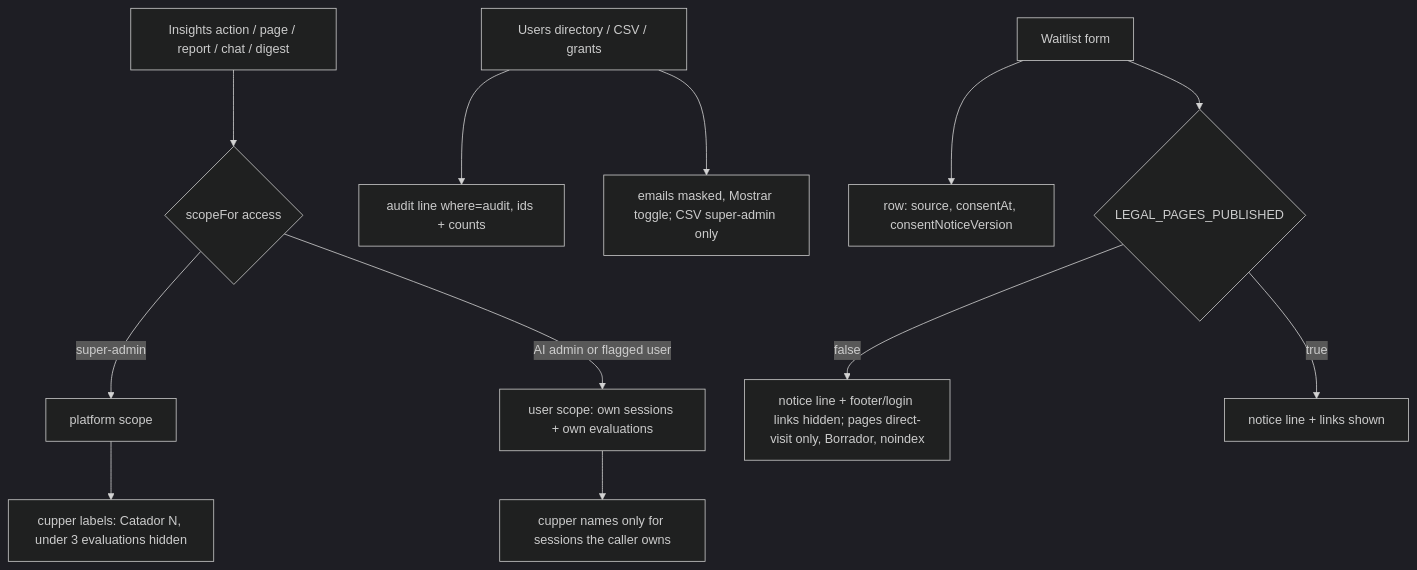
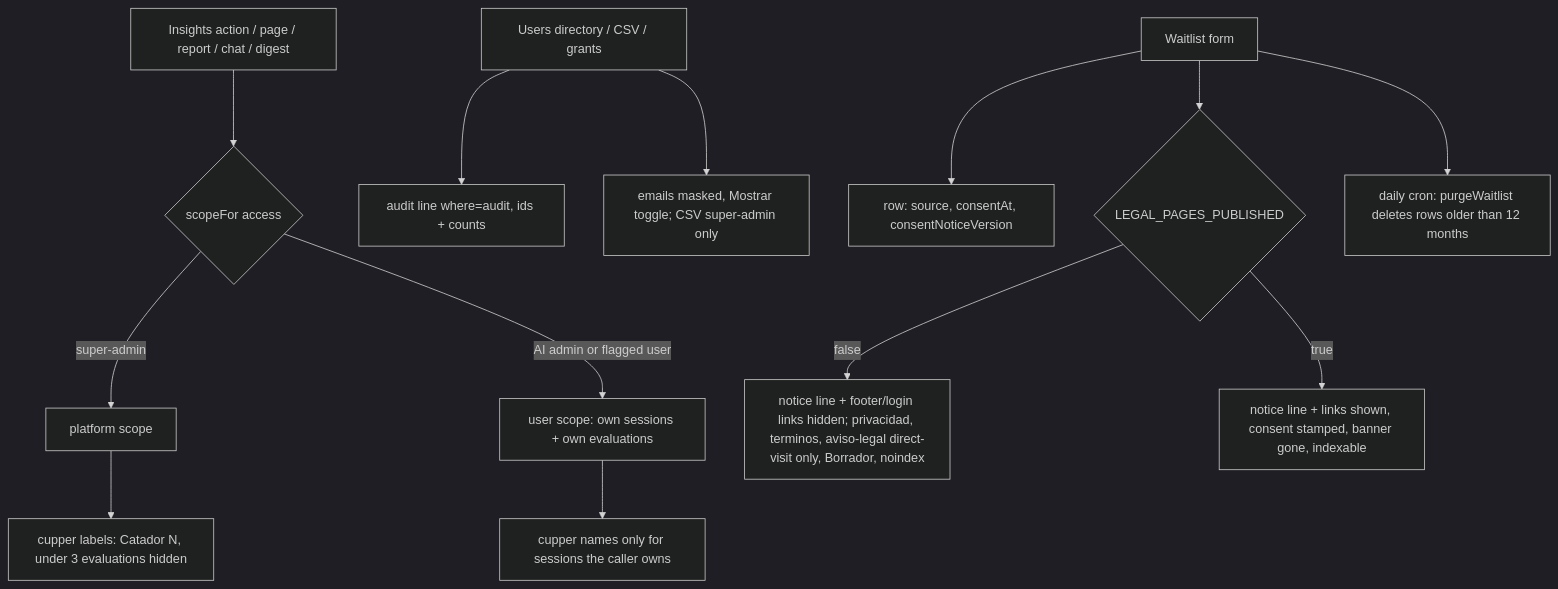
One commit to ricardovelezd27/cata-cafe changed diagram 15 of 17 in docs/flows.md. Above: the diagram before and after it, drawn with Mermaid (dark theme). The commit also changed 23 other files, not shown here.

Commit message:
S10 WP9a: legal pages (en translation, aviso legal page, renderer, flag-gated links), waitlist retention purge

````diff
--- a/docs/flows.md
+++ b/docs/flows.md
@@ -939,14 +939,15 @@
 ```mermaid
 flowchart TD
   A[Insights action / page / report / chat / digest] --> S{scopeFor access}
   S -- super-admin --> P[platform scope]
   S -- AI admin or flagged user --> U[user scope: own sessions + own evaluations]
   P --> C[cupper labels: Catador N, under 3 evaluations hidden]
   U --> N[cupper names only for sessions the caller owns]
   D[Users directory / CSV / grants] --> L[audit line where=audit, ids + counts]
   D --> M[emails masked, Mostrar toggle; CSV super-admin only]
   W[Waitlist form] --> R[row: source, consentAt, consentNoticeVersion]
   W --> Q{LEGAL_PAGES_PUBLISHED}
-  Q -- false --> X[notice line + footer/login links hidden; pages direct-visit only, Borrador, noindex]
-  Q -- true --> Y[notice line + links shown]
+  Q -- false --> X[notice line + footer/login links hidden; privacidad, terminos, aviso-legal direct-visit only, Borrador, noindex]
+  Q -- true --> Y[notice line + links shown, consent stamped, banner gone, indexable]
+  W --> K[daily cron: purgeWaitlist deletes rows older than 12 months]
 ```
````
